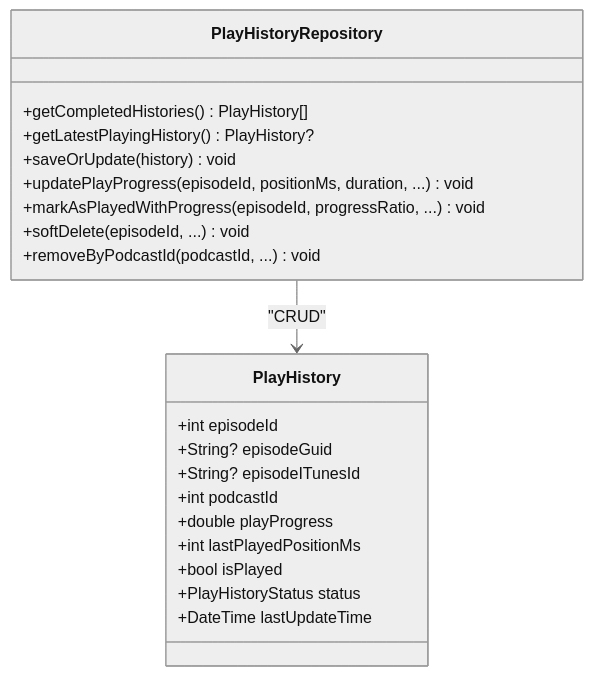
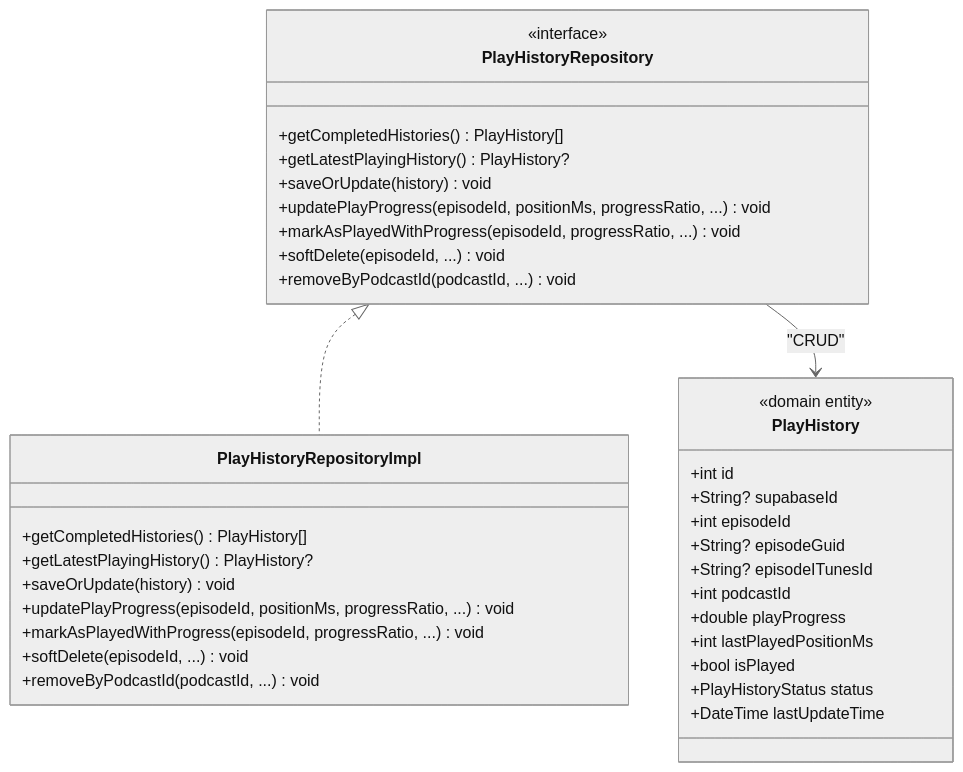
Before and after one commit to ZTfer/Tinycast: the fourth of 6 diagrams in .qoder/repowiki/zh/content/核心功能模块/音频播放系统/播放进度跟踪.md, drawn with Mermaid (neutral theme). The commit also changed other lines of this file and 187 other files, not shown here.

````diff
--- a/.qoder/repowiki/zh/content/核心功能模块/音频播放系统/播放进度跟踪.md
+++ b/.qoder/repowiki/zh/content/核心功能模块/音频播放系统/播放进度跟踪.md
@@ -162,24 +204,38 @@
 ```mermaid
 classDiagram
 class PlayHistoryRepository {
+<<interface>>
 +getCompletedHistories() PlayHistory[]
 +getLatestPlayingHistory() PlayHistory?
 +saveOrUpdate(history) void
-+updatePlayProgress(episodeId, positionMs, duration, ...) void
++updatePlayProgress(episodeId, positionMs, progressRatio, ...) void
++markAsPlayedWithProgress(episodeId, progressRatio, ...) void
++softDelete(episodeId, ...) void
++removeByPodcastId(podcastId, ...) void
+}
+class PlayHistoryRepositoryImpl {
++getCompletedHistories() PlayHistory[]
++getLatestPlayingHistory() PlayHistory?
++saveOrUpdate(history) void
++updatePlayProgress(episodeId, positionMs, progressRatio, ...) void
 +markAsPlayedWithProgress(episodeId, progressRatio, ...) void
 +softDelete(episodeId, ...) void
 +removeByPodcastId(podcastId, ...) void
 }
 class PlayHistory {
+<<domain entity>>
++int id
++String? supabaseId
 +int episodeId
 +String? episodeGuid
 +String? episodeITunesId
 +int podcastId
 +double playProgress
 +int lastPlayedPositionMs
 +bool isPlayed
 +PlayHistoryStatus status
 +DateTime lastUpdateTime
 }
+PlayHistoryRepository <|.. PlayHistoryRepositoryImpl
 PlayHistoryRepository --> PlayHistory : "CRUD"
 ```
````
